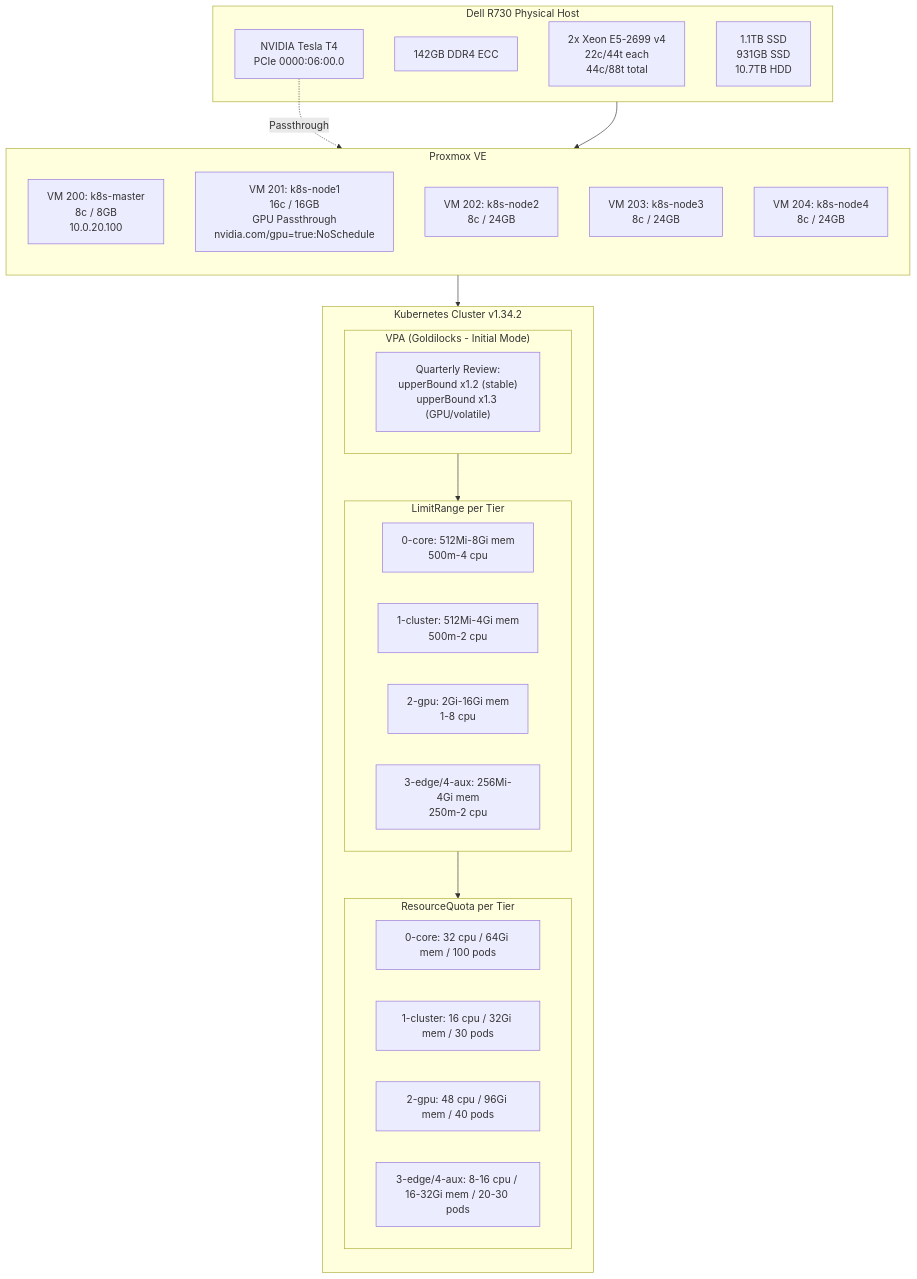
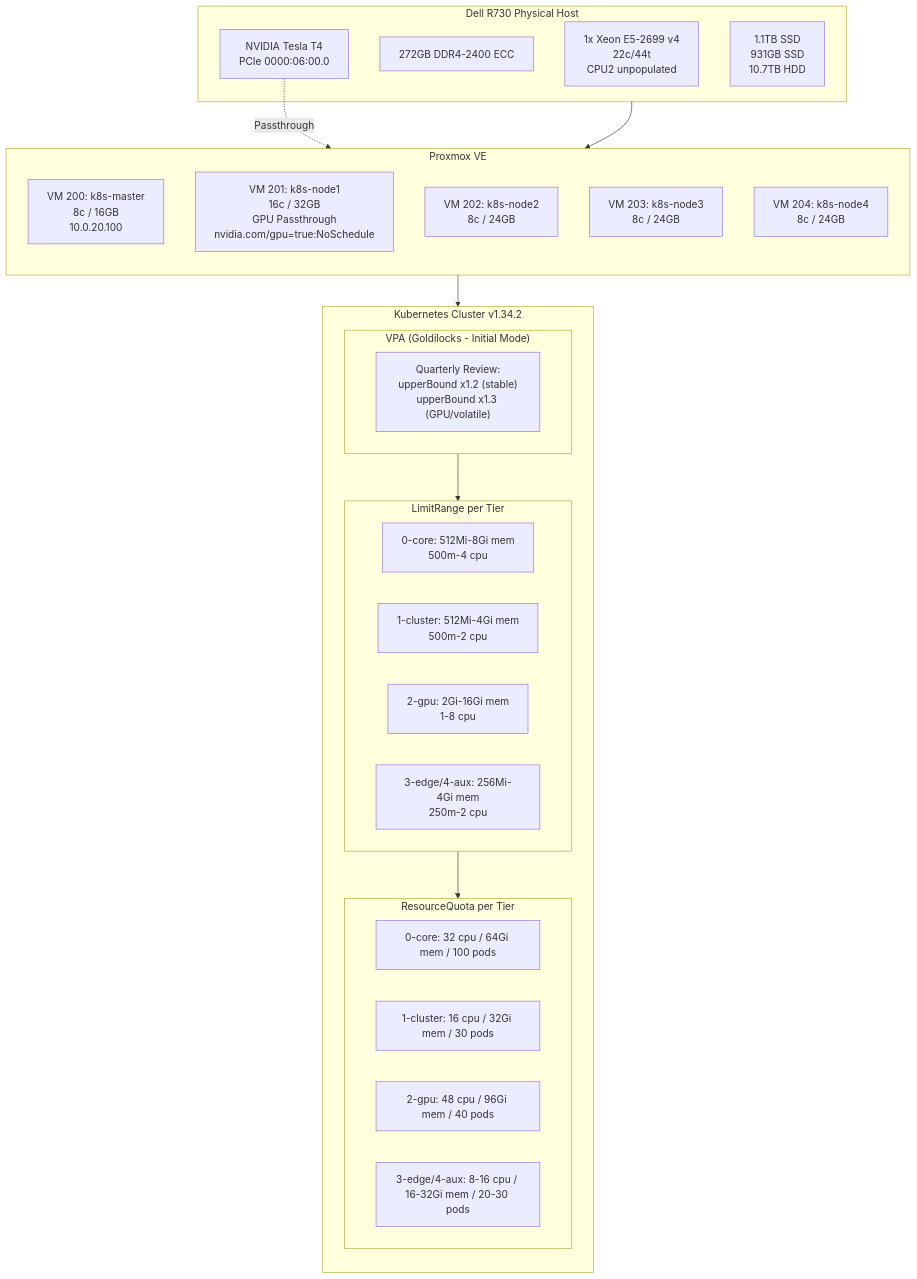
One commit to ViktorBarzin/infra changed the diagram in docs/architecture/compute.md. Above: the diagram before and after it, drawn with Mermaid. The commit also changed other lines of this file and 2 other files, not shown here.

First line of the commit message:
docs: update hardware inventory for R730 RAM upgrade to 272GB

````diff
--- a/docs/architecture/compute.md
+++ b/docs/architecture/compute.md
@@ -9,46 +9,46 @@
 ```mermaid
 graph TB
     subgraph Physical["Dell R730 Physical Host"]
-        CPU["2x Xeon E5-2699 v4<br/>22c/44t each<br/>44c/88t total"]
-        RAM["142GB DDR4 ECC"]
+        CPU["1x Xeon E5-2699 v4<br/>22c/44t<br/>CPU2 unpopulated"]
+        RAM["272GB DDR4-2400 ECC"]
         GPU["NVIDIA Tesla T4<br/>PCIe 0000:06:00.0"]
         DISK["1.1TB SSD<br/>931GB SSD<br/>10.7TB HDD"]
     end
 
     subgraph Proxmox["Proxmox VE"]
         direction TB
-        MASTER["VM 200: k8s-master<br/>8c / 8GB<br/>10.0.20.100"]
-        NODE1["VM 201: k8s-node1<br/>16c / 16GB<br/>GPU Passthrough<br/>nvidia.com/gpu=true:NoSchedule"]
+        MASTER["VM 200: k8s-master<br/>8c / 16GB<br/>10.0.20.100"]
+        NODE1["VM 201: k8s-node1<br/>16c / 32GB<br/>GPU Passthrough<br/>nvidia.com/gpu=true:NoSchedule"]
         NODE2["VM 202: k8s-node2<br/>8c / 24GB"]
         NODE3["VM 203: k8s-node3<br/>8c / 24GB"]
         NODE4["VM 204: k8s-node4<br/>8c / 24GB"]
     end
 
     subgraph K8s["Kubernetes Cluster v1.34.2"]
         direction TB
 
         subgraph VPA["VPA (Goldilocks - Initial Mode)"]
             RECOMMEND["Quarterly Review:<br/>upperBound x1.2 (stable)<br/>upperBound x1.3 (GPU/volatile)"]
         end
 
         subgraph LimitRange["LimitRange per Tier"]
             TIER0_LR["0-core: 512Mi-8Gi mem<br/>500m-4 cpu"]
             TIER1_LR["1-cluster: 512Mi-4Gi mem<br/>500m-2 cpu"]
             TIER2_LR["2-gpu: 2Gi-16Gi mem<br/>1-8 cpu"]
             TIER34_LR["3-edge/4-aux: 256Mi-4Gi mem<br/>250m-2 cpu"]
         end
 
         subgraph ResourceQuota["ResourceQuota per Tier"]
             TIER0_RQ["0-core: 32 cpu / 64Gi mem / 100 pods"]
             TIER1_RQ["1-cluster: 16 cpu / 32Gi mem / 30 pods"]
             TIER2_RQ["2-gpu: 48 cpu / 96Gi mem / 40 pods"]
             TIER34_RQ["3-edge/4-aux: 8-16 cpu / 16-32Gi mem / 20-30 pods"]
         end
     end
 
     Physical --> Proxmox
     GPU -.->|Passthrough| NODE1
     Proxmox --> K8s
     VPA --> LimitRange
     LimitRange --> ResourceQuota
 ```
````
